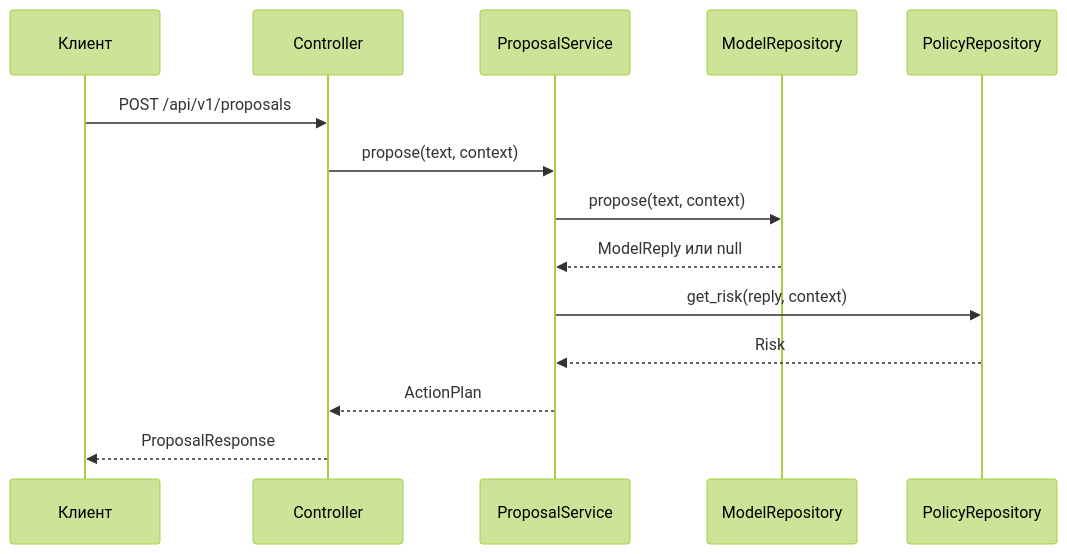
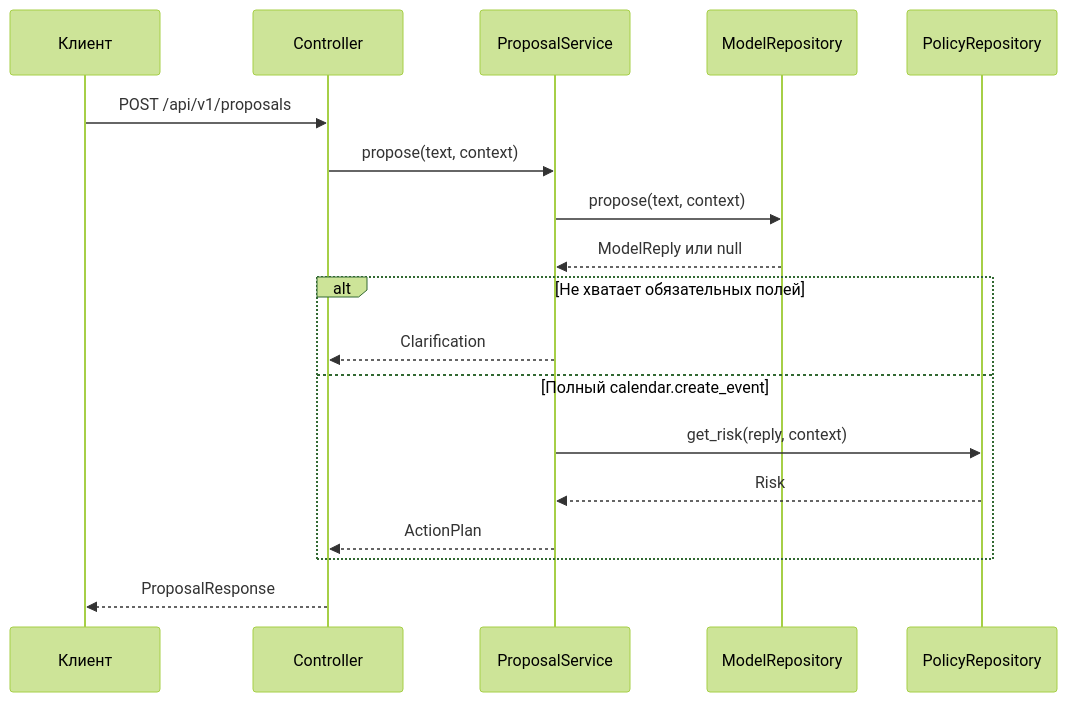
Before and after one commit to portable-agent/agent-runtime: the diagram in docs/architecture.md, drawn with Mermaid (forest theme). The commit also changed other lines of this file and 9 other files, not shown here.

Commit message:
feat: prepare calendar event proposal

````diff
--- a/docs/architecture.md
+++ b/docs/architecture.md
@@ -5,17 +5,21 @@
 ```mermaid
 sequenceDiagram
     participant Client as Клиент
     participant Controller as Controller
     participant Service as ProposalService
     participant Model as ModelRepository
     participant Policy as PolicyRepository
 
     Client->>Controller: POST /api/v1/proposals
     Controller->>Service: propose(text, context)
     Service->>Model: propose(text, context)
     Model-->>Service: ModelReply или null
-    Service->>Policy: get_risk(reply, context)
-    Policy-->>Service: Risk
-    Service-->>Controller: ActionPlan
+    alt Не хватает обязательных полей
+        Service-->>Controller: Clarification
+    else Полный calendar.create_event
+        Service->>Policy: get_risk(reply, context)
+        Policy-->>Service: Risk
+        Service-->>Controller: ActionPlan
+    end
     Controller-->>Client: ProposalResponse
 ```
````
